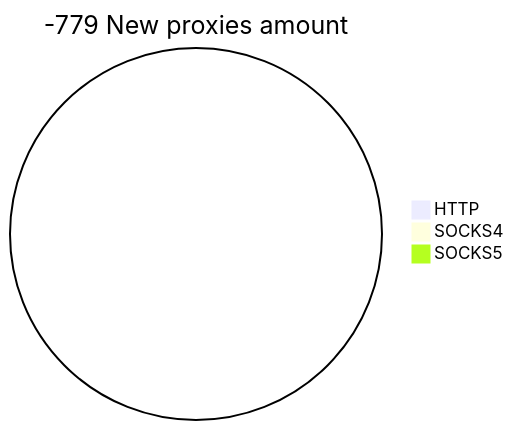
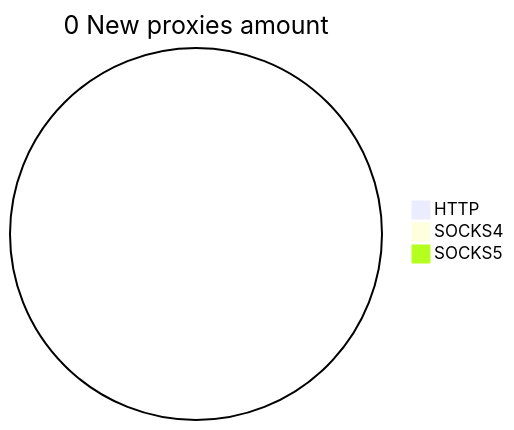
The second of 2 diagrams in README.md (cutipu/proxylist), drawn with Mermaid before and after one commit.

````diff
--- a/README.md
+++ b/README.md
@@ -10,6 +10,6 @@
 ```mermaid
-pie title -779 New proxies amount
+pie title 0 New proxies amount
     "HTTP" : 0
     "SOCKS4" : 0
     "SOCKS5" : 0
 ```
````
